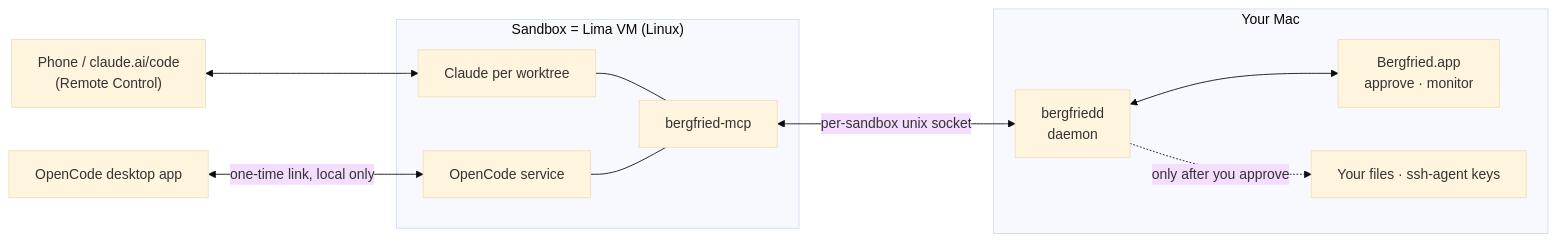
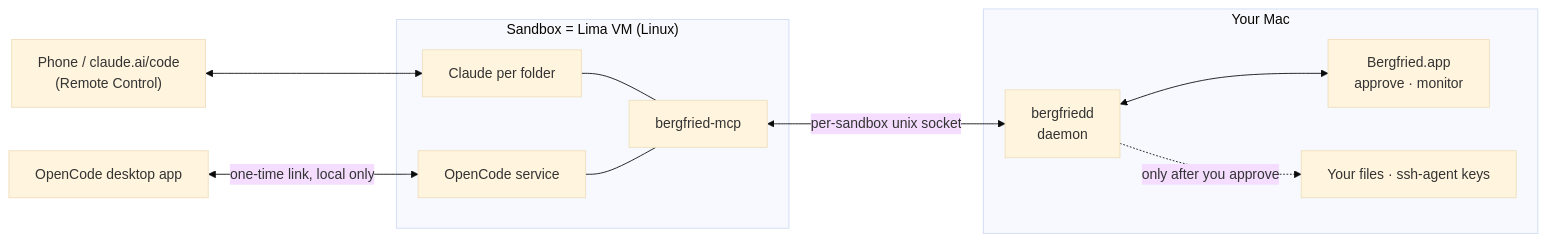
The diagram in README.md (DevertNet/bergfried), drawn with Mermaid (base theme) before and after one commit. The commit also changed other lines of this file and 52 other files, not shown here.

````diff
--- a/README.md
+++ b/README.md
@@ -23,22 +23,22 @@
 ```mermaid
 flowchart LR
   phone["Phone / claude.ai/code<br/>(Remote Control)"]
   desktop["OpenCode desktop app"]
   subgraph vm["Sandbox = Lima VM (Linux)"]
-    claude["Claude per worktree"]
+    claude["Claude per folder"]
     oc["OpenCode service"]
     mcp["bergfried-mcp"]
     claude --- mcp
     oc --- mcp
   end
   subgraph mac["Your Mac"]
     daemon["bergfriedd<br/>daemon"]
     app["Bergfried.app<br/>approve · monitor"]
     data["Your files · ssh-agent keys"]
     daemon <--> app
     daemon -.->|"only after you approve"| data
   end
   phone <--> claude
   desktop <-->|"one-time link, local only"| oc
   mcp <-->|"per-sandbox unix socket"| daemon
 ```
````
